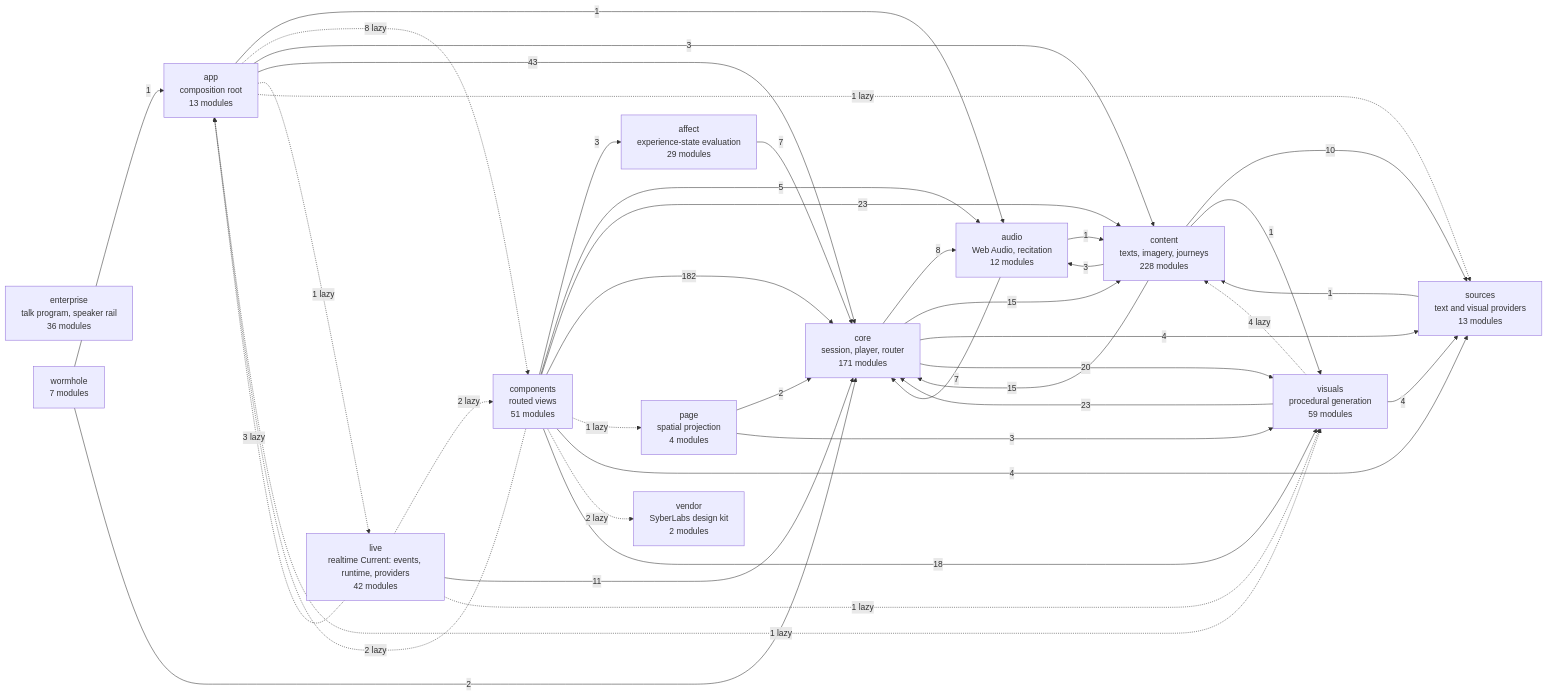
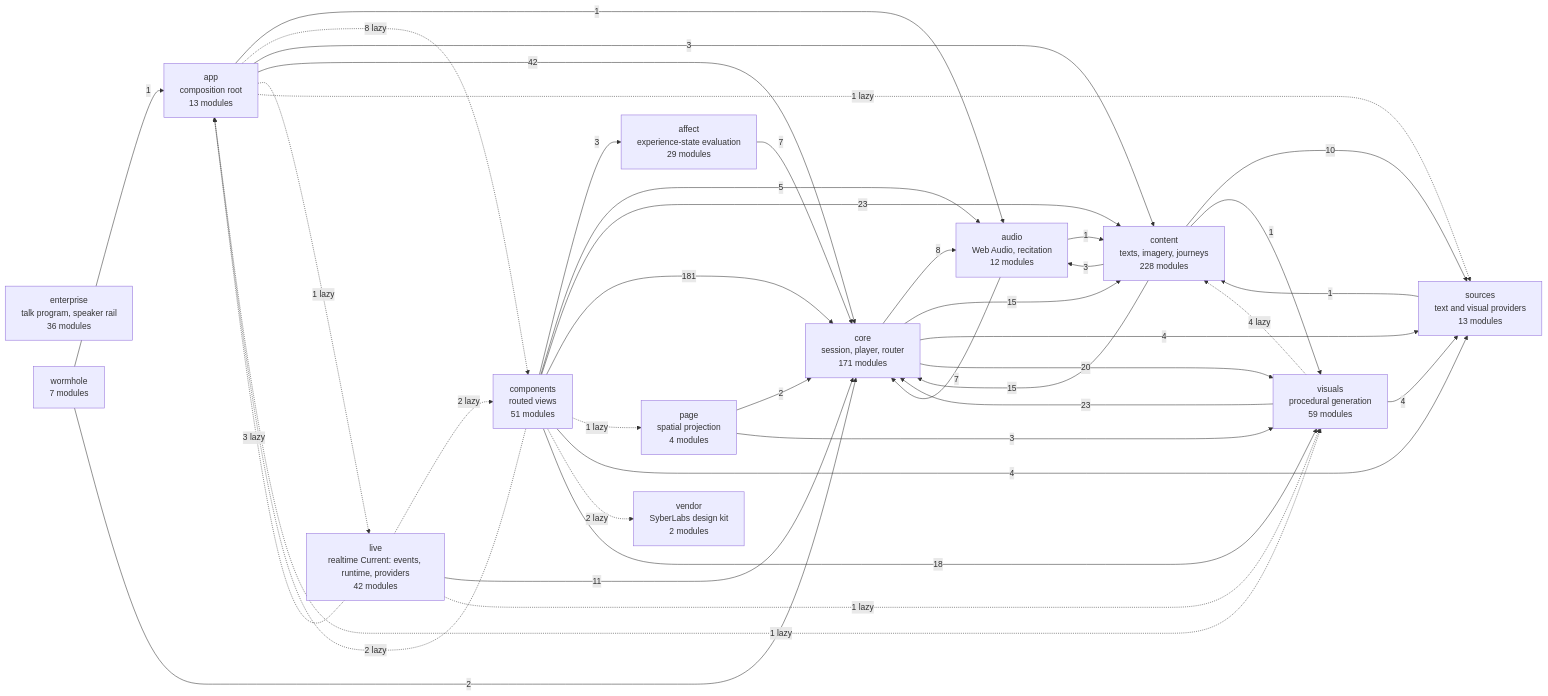
Before and after one commit to SyberLabs/RISE: the diagram in docs/specs/ARCHITECTURE.md, drawn with Mermaid. The commit also changed 22 other files, not shown here.

````diff
--- a/docs/specs/ARCHITECTURE.md
+++ b/docs/specs/ARCHITECTURE.md
@@ -154,56 +154,56 @@
 ```mermaid
 flowchart LR
     affect["affect<br/>experience-state evaluation<br/>29 modules"]
     app["app<br/>composition root<br/>13 modules"]
     audio["audio<br/>Web Audio, recitation<br/>12 modules"]
     components["components<br/>routed views<br/>51 modules"]
     content["content<br/>texts, imagery, journeys<br/>228 modules"]
     core["core<br/>session, player, router<br/>171 modules"]
     enterprise["enterprise<br/>talk program, speaker rail<br/>36 modules"]
     live["live<br/>realtime Current: events, runtime, providers<br/>42 modules"]
     page["page<br/>spatial projection<br/>4 modules"]
     sources["sources<br/>text and visual providers<br/>13 modules"]
     vendor["vendor<br/>SyberLabs design kit<br/>2 modules"]
     visuals["visuals<br/>procedural generation<br/>59 modules"]
     wormhole["wormhole<br/>7 modules"]
 
     affect --> |7| core
     app --> |1| audio
     app -.-> |8 lazy| components
     app --> |3| content
-    app --> |43| core
+    app --> |42| core
     app -.-> |1 lazy| live
     app -.-> |1 lazy| sources
     app -.-> |1 lazy| visuals
     audio --> |1| content
     audio --> |7| core
     components --> |3| affect
     components -.-> |2 lazy| app
     components --> |5| audio
     components --> |23| content
-    components --> |182| core
+    components --> |181| core
     components -.-> |1 lazy| page
     components --> |4| sources
     components -.-> |2 lazy| vendor
     components --> |18| visuals
     content --> |3| audio
     content --> |15| core
     content --> |10| sources
     content --> |1| visuals
     core --> |8| audio
     core --> |15| content
     core --> |4| sources
     core --> |20| visuals
     live -.-> |3 lazy| app
     live -.-> |2 lazy| components
     live --> |11| core
     live -.-> |1 lazy| visuals
     page --> |2| core
     page --> |3| visuals
     sources --> |1| content
     visuals -.-> |4 lazy| content
     visuals --> |23| core
     visuals --> |4| sources
     wormhole --> |1| app
     wormhole --> |2| core
 ```
````
